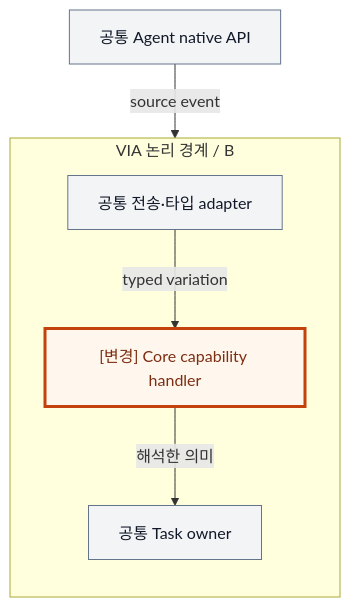
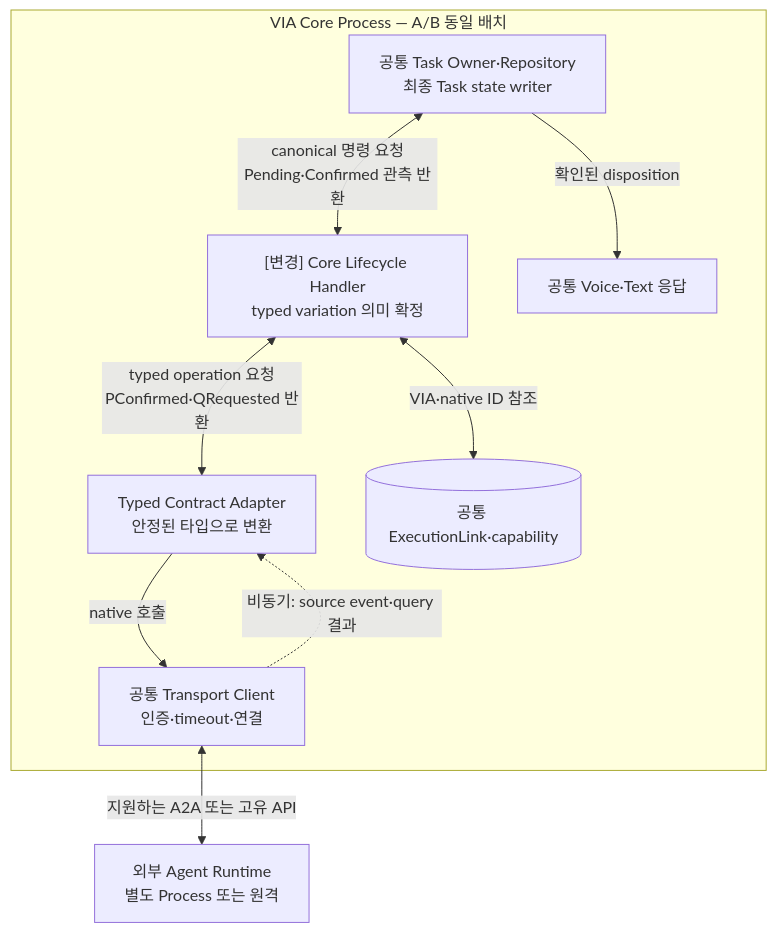
Before and after one commit to cbyche/via-sw-architecture: the third of 3 diagrams in docs/architecture/12-decisions/via-dp-09-agent-semantics.md, drawn with Mermaid. The commit also changed other lines of this file and 59 other files, not shown here.

Commit message:
docs: consolidate comprehensive VIA decision inventory and implementation diagrams

````diff
--- a/docs/architecture/12-decisions/via-dp-09-agent-semantics.md
+++ b/docs/architecture/12-decisions/via-dp-09-agent-semantics.md
@@ -66,14 +78,12 @@
 ```mermaid
 flowchart TB
- G["공통 Agent native API"] -->|source event| E
- subgraph V["VIA 논리 경계 / B"]
- direction TB
- E["공통 전송·타입 adapter"] -->|typed variation| H["[변경] Core capability handler"]
- H -->|해석한 의미| C["공통 Task owner"]
+ subgraph V["VIA Core Process — A/B 동일 배치"]
+ T["공통 Task Owner·Repository<br/>최종 Task state writer"] <-->|"canonical 명령 요청<br/>Pending·Confirmed 관측 반환"| H["[변경] Core Lifecycle Handler<br/>typed variation 의미 확정"]
+ H <-->|"typed operation 요청<br/>PConfirmed·QRequested 반환"| E["Typed Contract Adapter<br/>안정된 타입으로 변환"]
+ E -->|"native 호출"| C["공통 Transport Client<br/>인증·timeout·연결"]
+ C -.->|"비동기: source event·query 결과"| E
+ H <-->|"VIA·native ID 참조"| K[("공통 ExecutionLink·capability")]
+ T -->|"확인된 disposition"| P["공통 Voice·Text 응답"]
  end
-
-classDef common fill:#F3F4F6,stroke:#64748B,color:#111827;
-classDef change fill:#FFF7ED,stroke:#C2410C,stroke-width:3px,color:#7C2D12;
-class G,E,C common;
-class H change;
+ C <-->|"지원하는 A2A 또는 고유 API"| G["외부 Agent Runtime<br/>별도 Process 또는 원격"]
 ```
````
